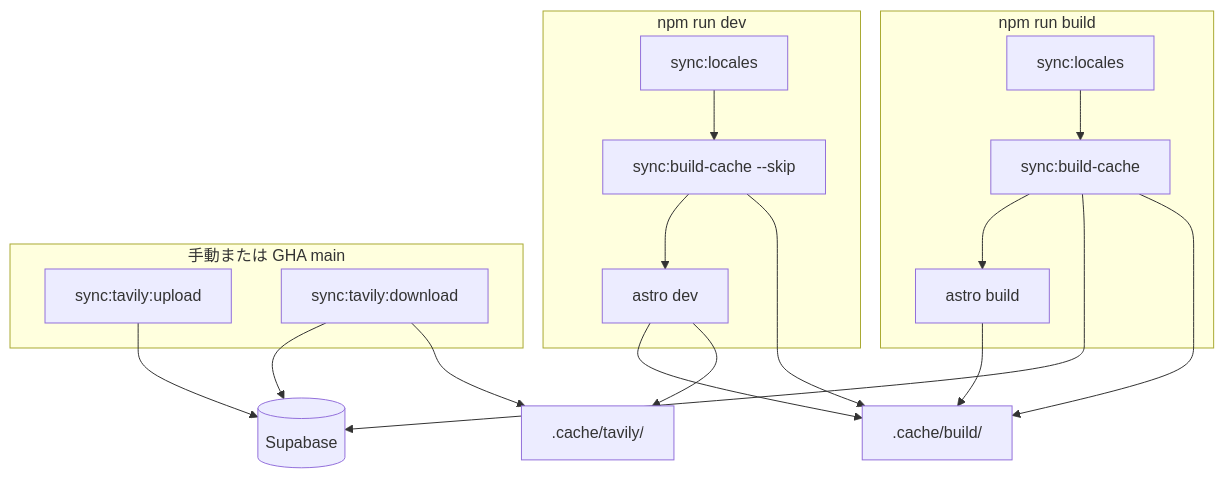
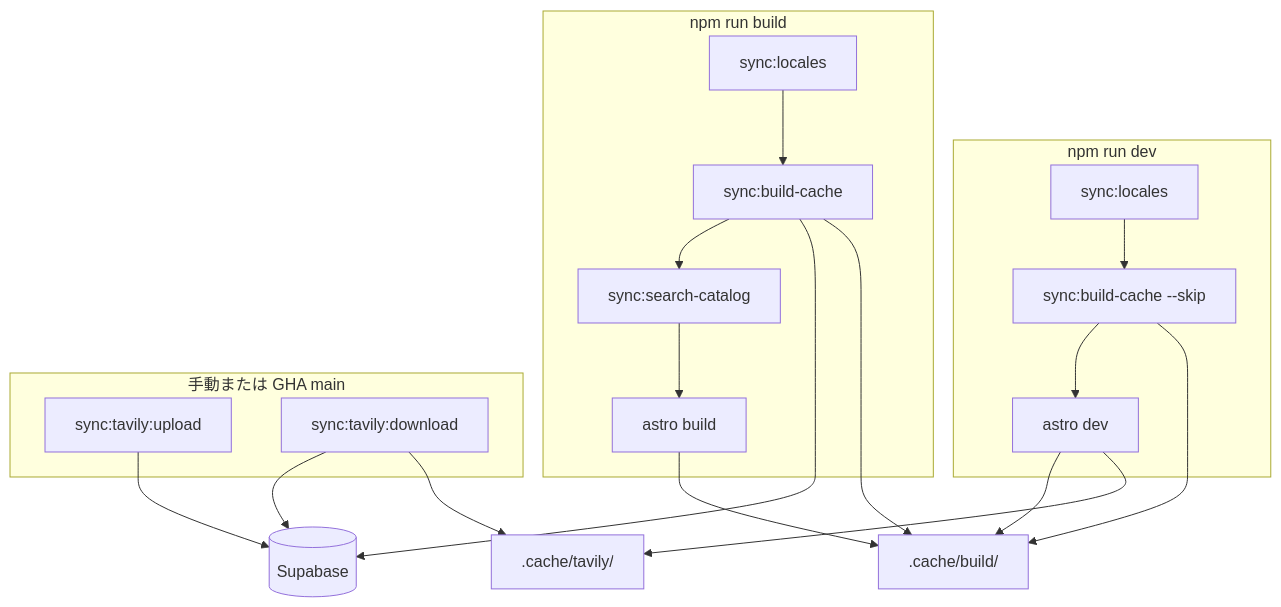
One commit to shumizu418128/gbbinfo4.0 changed the diagram in docs/BUILD_AND_SYNC.md. Above: the diagram before and after it, drawn with Mermaid. The commit also changed other lines of this file and 29 other files, not shown here.

````diff
--- a/docs/BUILD_AND_SYNC.md
+++ b/docs/BUILD_AND_SYNC.md
@@ -7,31 +7,32 @@
 ```mermaid
 flowchart TB
   subgraph devFlow [npm run dev]
     L1[sync:locales]
     B1["sync:build-cache --skip"]
     D[astro dev]
     L1 --> B1 --> D
   end
 
   subgraph buildFlow [npm run build]
     L2[sync:locales]
     B2[sync:build-cache]
+    S2[sync:search-catalog]
     A[astro build]
-    L2 --> B2 --> A
+    L2 --> B2 --> S2 --> A
   end
 
   subgraph manual [手動または GHA main]
     T1[sync:tavily:upload]
     T2[sync:tavily:download]
   end
 
   B2 --> Supabase[(Supabase)]
   T1 --> Supabase
   T2 --> Supabase
   B1 --> CacheBuild[".cache/build/"]
   B2 --> CacheBuild
   T2 --> CacheTavily[".cache/tavily/"]
   A --> CacheBuild
   D --> CacheBuild
   D --> CacheTavily
 ```
````
